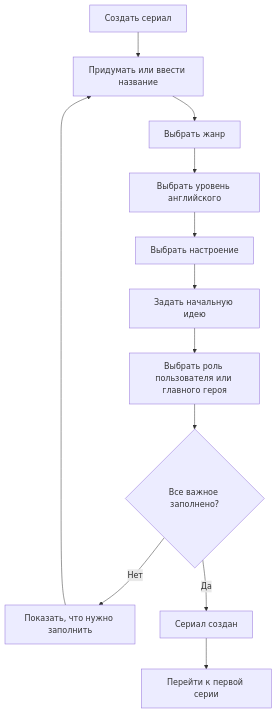
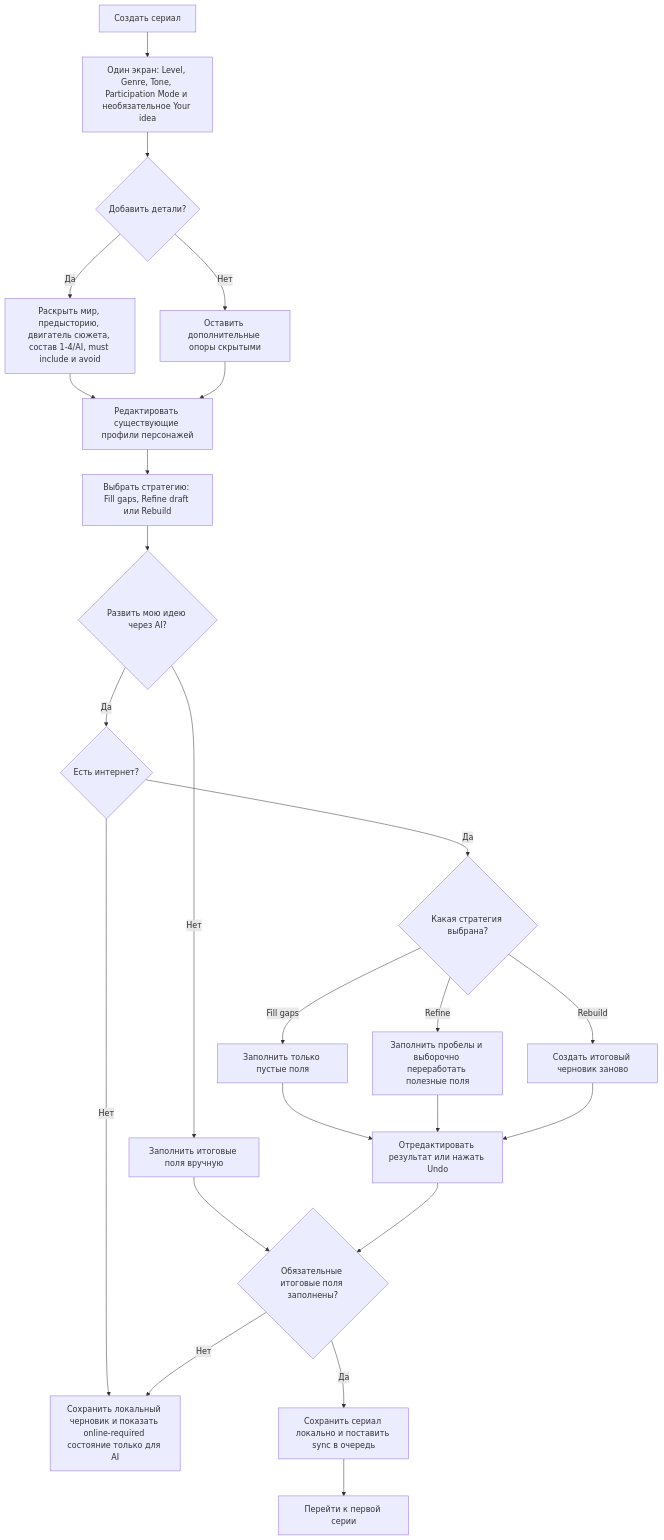
Before and after one commit to Gamshik/narrumi: the second of 10 diagrams in concept/user_flow_schema.md, drawn with Mermaid. The commit also changed other lines of this file and 6 other files, not shown here.

````diff
--- a/concept/user_flow_schema.md
+++ b/concept/user_flow_schema.md
@@ -47,16 +47,26 @@
 ```mermaid
 flowchart TD
-    A["Создать сериал"] --> B["Придумать или ввести название"]
-    B --> C["Выбрать жанр"]
-    C --> D["Выбрать уровень английского"]
-    D --> E["Выбрать настроение"]
-    E --> F["Задать начальную идею"]
-    F --> G["Выбрать роль пользователя или главного героя"]
-    G --> H{"Все важное заполнено?"}
-
-    H -- "Нет" --> I["Показать, что нужно заполнить"]
-    I --> B
-
-    H -- "Да" --> J["Сериал создан"]
-    J --> K["Перейти к первой серии"]
+    A["Создать сериал"] --> B["Один экран: Level, Genre, Tone, Participation Mode и необязательное Your idea"]
+    B --> C{"Добавить детали?"}
+    C -- "Да" --> D["Раскрыть мир, предысторию, двигатель сюжета, состав 1-4/AI, must include и avoid"]
+    C -- "Нет" --> E["Оставить дополнительные опоры скрытыми"]
+    D --> F["Редактировать существующие профили персонажей"]
+    E --> F
+    F --> G["Выбрать стратегию: Fill gaps, Refine draft или Rebuild"]
+    G --> H{"Развить мою идею через AI?"}
+    H -- "Нет" --> I["Заполнить итоговые поля вручную"]
+    H -- "Да" --> J{"Есть интернет?"}
+    J -- "Нет" --> K["Сохранить локальный черновик и показать online-required состояние только для AI"]
+    J -- "Да" --> L{"Какая стратегия выбрана?"}
+    L -- "Fill gaps" --> M["Заполнить только пустые поля"]
+    L -- "Refine" --> Q["Заполнить пробелы и выборочно переработать полезные поля"]
+    L -- "Rebuild" --> R["Создать итоговый черновик заново"]
+    M --> S["Отредактировать результат или нажать Undo"]
+    Q --> S
+    R --> S
+    I --> N{"Обязательные итоговые поля заполнены?"}
+    S --> N
+    N -- "Нет" --> K
+    N -- "Да" --> O["Сохранить сериал локально и поставить sync в очередь"]
+    O --> P["Перейти к первой серии"]
 ```
````
